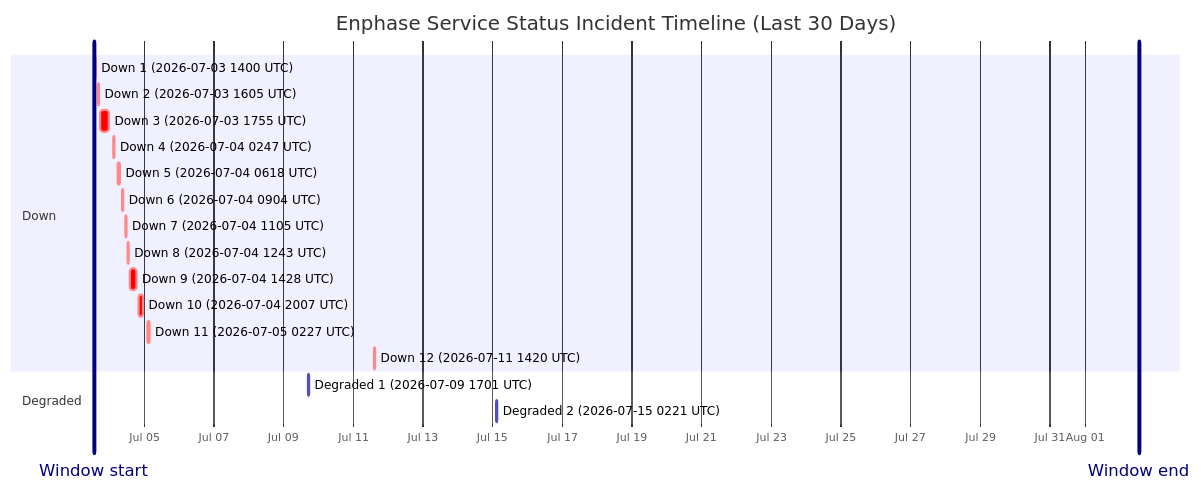
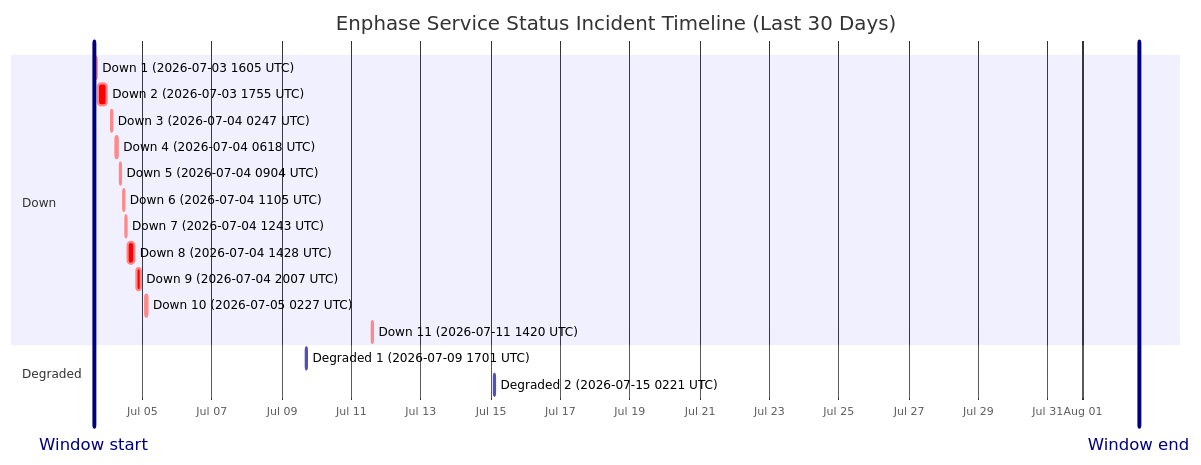
The diagram in wiki/Service-Status-History.md (barneyonline/ha-enphase-energy), drawn with Mermaid before and after one commit. The commit also changed other lines of this file and 3 other files, not shown here.

````diff
--- a/wiki/Service-Status-History.md
+++ b/wiki/Service-Status-History.md
@@ -14,24 +14,23 @@
 ```mermaid
 gantt
     title Enphase Service Status Incident Timeline (Last 30 Days)
     dateFormat  YYYY-MM-DDTHH:mm:ss
     axisFormat  %b %d
-    Window start :vert, window-start, 2026-07-03T13:16:55, 0ms
-    Window end :vert, window-end, 2026-08-02T13:16:55, 0ms
+    Window start :vert, window-start, 2026-07-03T14:46:38, 0ms
+    Window end :vert, window-end, 2026-08-02T14:46:38, 0ms
     section Down
-    Down 1 (2026-07-03 1400 UTC) :crit, down-1, 2026-07-03T14:00:48, 60m
-    Down 2 (2026-07-03 1605 UTC) :crit, down-2, 2026-07-03T16:05:49, 60m
-    Down 3 (2026-07-03 1755 UTC) :crit, down-3, 2026-07-03T17:55:54, 338m
-    Down 4 (2026-07-04 0247 UTC) :crit, down-4, 2026-07-04T02:47:22, 60m
-    Down 5 (2026-07-04 0618 UTC) :crit, down-5, 2026-07-04T06:18:09, 60m
-    Down 6 (2026-07-04 0904 UTC) :crit, down-6, 2026-07-04T09:04:41, 60m
-    Down 7 (2026-07-04 1105 UTC) :crit, down-7, 2026-07-04T11:05:21, 60m
-    Down 8 (2026-07-04 1243 UTC) :crit, down-8, 2026-07-04T12:43:25, 60m
-    Down 9 (2026-07-04 1428 UTC) :crit, down-9, 2026-07-04T14:28:07, 243m
-    Down 10 (2026-07-04 2007 UTC) :crit, down-10, 2026-07-04T20:07:50, 206m
-    Down 11 (2026-07-05 0227 UTC) :crit, down-11, 2026-07-05T02:27:32, 109m
-    Down 12 (2026-07-11 1420 UTC) :crit, down-12, 2026-07-11T14:20:54, 69m
+    Down 1 (2026-07-03 1605 UTC) :crit, down-1, 2026-07-03T16:05:49, 60m
+    Down 2 (2026-07-03 1755 UTC) :crit, down-2, 2026-07-03T17:55:54, 338m
+    Down 3 (2026-07-04 0247 UTC) :crit, down-3, 2026-07-04T02:47:22, 60m
+    Down 4 (2026-07-04 0618 UTC) :crit, down-4, 2026-07-04T06:18:09, 60m
+    Down 5 (2026-07-04 0904 UTC) :crit, down-5, 2026-07-04T09:04:41, 60m
+    Down 6 (2026-07-04 1105 UTC) :crit, down-6, 2026-07-04T11:05:21, 60m
+    Down 7 (2026-07-04 1243 UTC) :crit, down-7, 2026-07-04T12:43:25, 60m
+    Down 8 (2026-07-04 1428 UTC) :crit, down-8, 2026-07-04T14:28:07, 243m
+    Down 9 (2026-07-04 2007 UTC) :crit, down-9, 2026-07-04T20:07:50, 206m
+    Down 10 (2026-07-05 0227 UTC) :crit, down-10, 2026-07-05T02:27:32, 109m
+    Down 11 (2026-07-11 1420 UTC) :crit, down-11, 2026-07-11T14:20:54, 69m
     section Degraded
     Degraded 1 (2026-07-09 1701 UTC) :active, degraded-1, 2026-07-09T17:01:02, 60m
     Degraded 2 (2026-07-15 0221 UTC) :active, degraded-2, 2026-07-15T02:21:35, 60m
 ```
````
